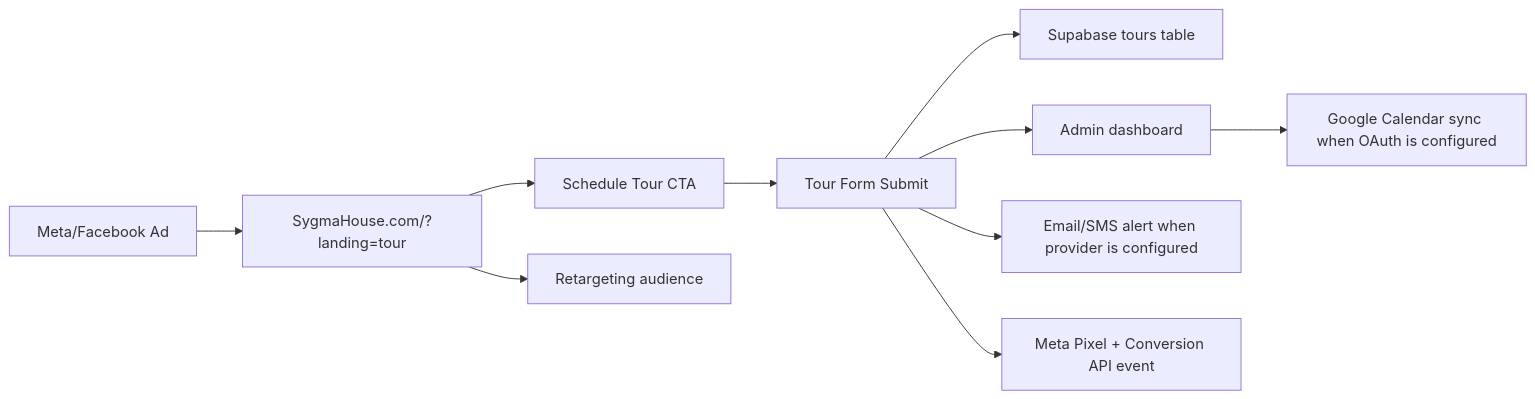
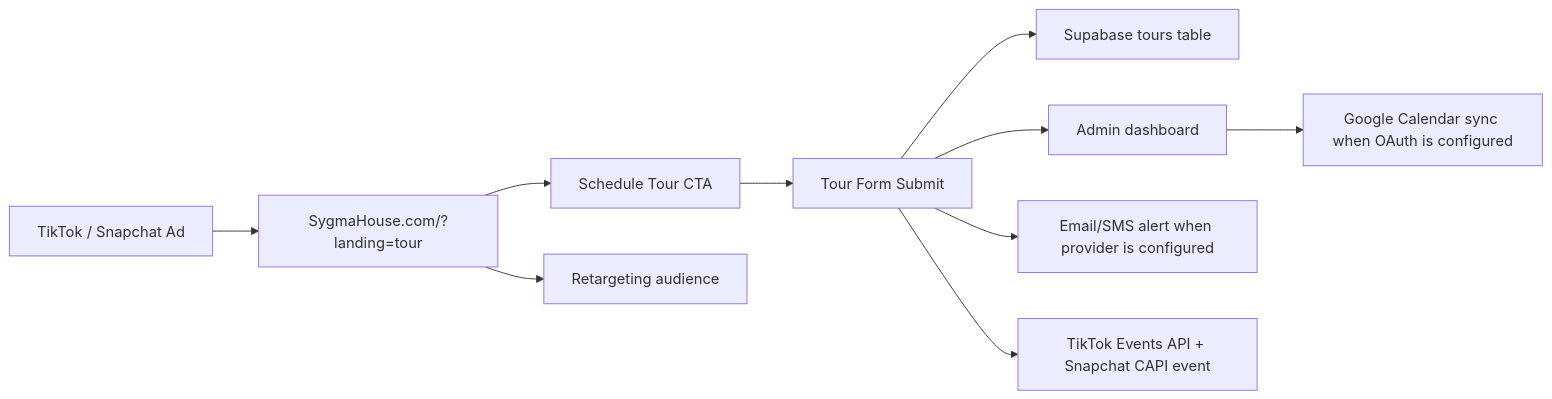
Before and after one commit to task0429-dev/Sygma-House-Website: the diagram in docs/sygma-commercial-production-system.md, drawn with Mermaid. The commit also changed other lines of this file and 6 other files, not shown here.

Commit message:
Add TikTok and Snapchat ad tracking

````diff
--- a/docs/sygma-commercial-production-system.md
+++ b/docs/sygma-commercial-production-system.md
@@ -39,12 +39,12 @@
 ```mermaid
 flowchart LR
-  A["Meta/Facebook Ad"] --> B["SygmaHouse.com/?landing=tour"]
+  A["TikTok / Snapchat Ad"] --> B["SygmaHouse.com/?landing=tour"]
   B --> C["Schedule Tour CTA"]
   C --> D["Tour Form Submit"]
   D --> E["Supabase tours table"]
   D --> F["Admin dashboard"]
   D --> G["Email/SMS alert when provider is configured"]
-  D --> H["Meta Pixel + Conversion API event"]
+  D --> H["TikTok Events API + Snapchat CAPI event"]
   F --> I["Google Calendar sync when OAuth is configured"]
   B --> J["Retargeting audience"]
 ```
````
